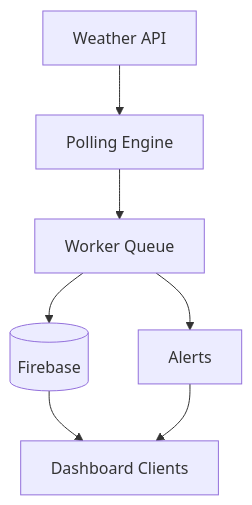
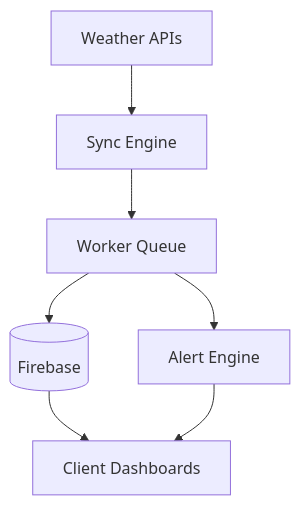
Before and after one commit to Tahiram32/living-website-meteorological-engine: the diagram in README.md, drawn with Mermaid. The commit also changed other lines of this file and 12 other files, not shown here.

````diff
--- a/README.md
+++ b/README.md
@@ -38,9 +38,9 @@
 ```mermaid
 graph TD
-    API[Weather API] --> Engine[Polling Engine]
+    API[Weather APIs] --> Engine[Sync Engine]
     Engine --> Queue[Worker Queue]
     Queue --> Firebase[(Firebase)]
-    Queue --> Alerts[Alerts]
-    Firebase --> Clients[Dashboard Clients]
+    Queue --> Alerts[Alert Engine]
+    Firebase --> Clients[Client Dashboards]
     Alerts --> Clients
 ```
````
